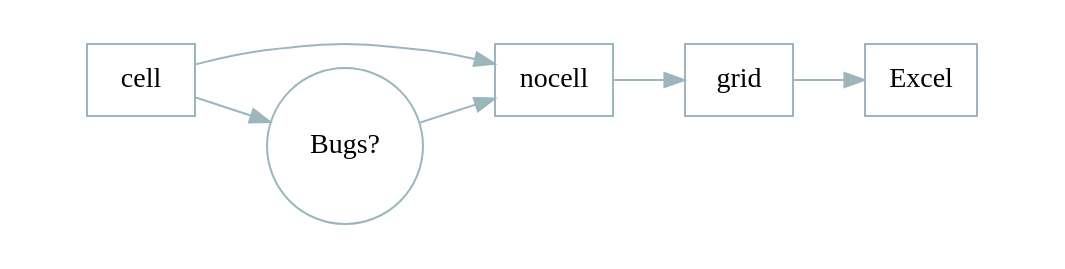
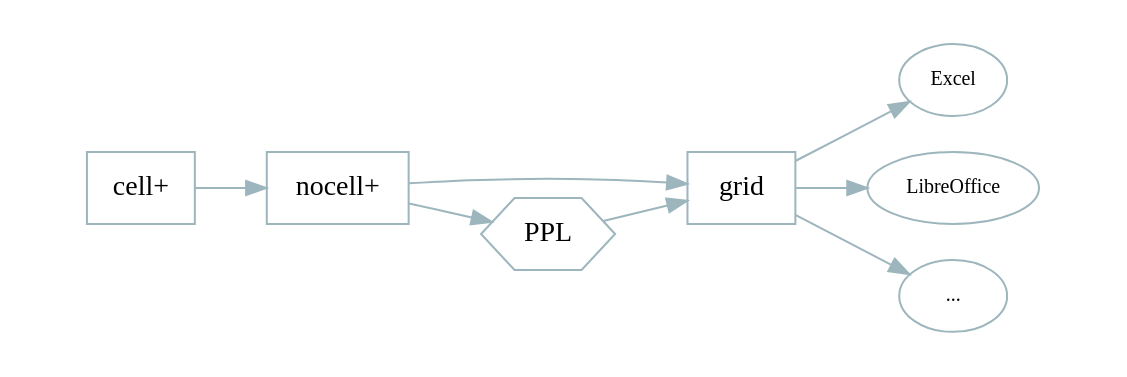
The diagram in images/graphviz/languages-with-p.dot (triangle-man/intro-to-cellular-talk), drawn with Graphviz before and after one commit. The commit also changed other lines of this file and 3 other files, not shown here.

```diff
--- a/images/graphviz/languages-with-p.dot
+++ b/images/graphviz/languages-with-p.dot
@@ -1,18 +1,21 @@
 digraph languageswithp {
 
 graph [rankdir = "LR";
        pad = "0.5,0.2";
        ];
 
        edge [color = "#9db5bd"];
        node [shape = box;
 	     color = "#9db5bd"];
        
-	     cell -> nocell -> grid -> Excel;
+	     "cell+" -> "nocell+";
+	     
+	     "nocell+" -> grid;
 
-	     "Bugs?" [shape = circle];
-	     
-	     cell -> "Bugs?" -> nocell;
-	     
+	     PPL [shape = hexagon];
+	     "nocell+" -> PPL -> "grid";
+	     	     	     
+	     grid -> {node [fontsize = 10; shape = oval];
+		     Excel LibreOffice "..."};
 	     
 }
```
